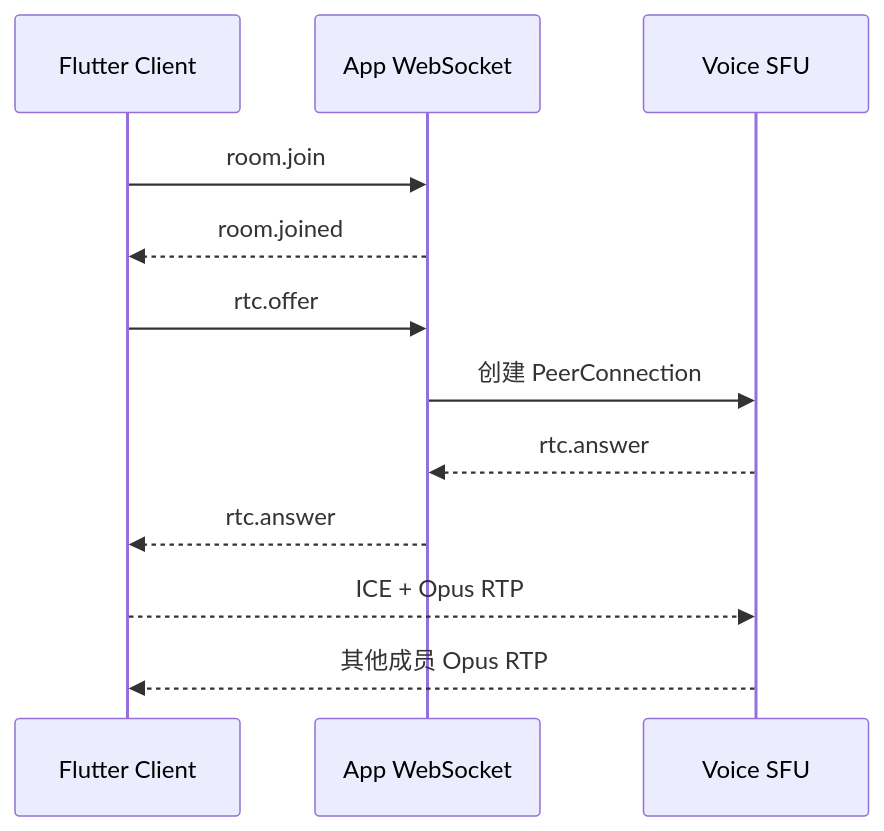
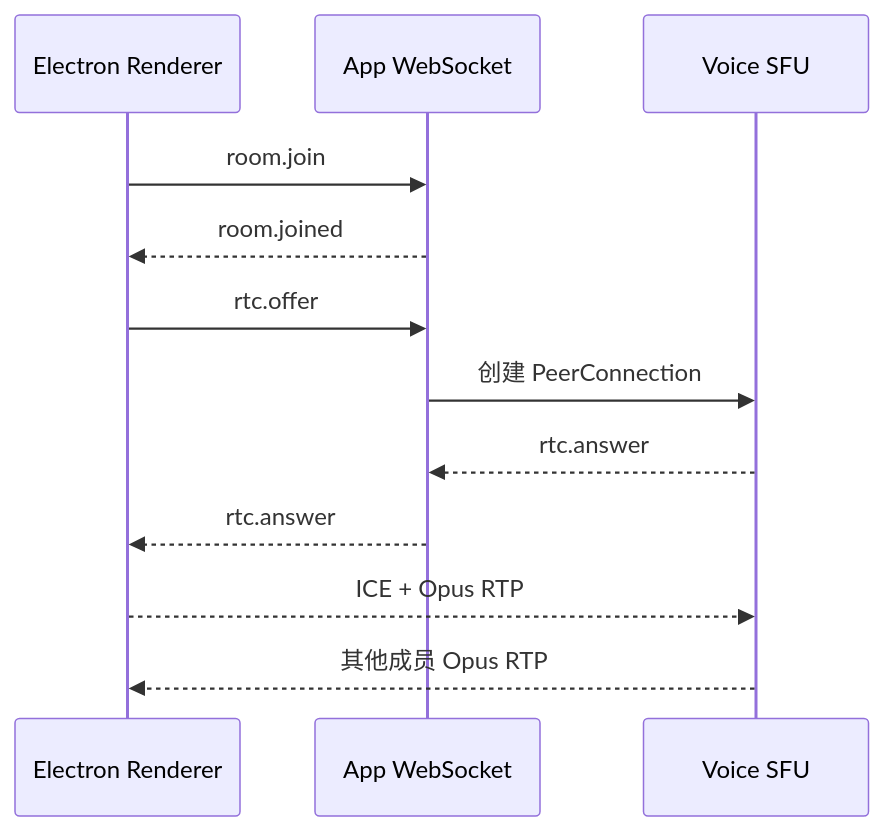
Before and after one commit to StarDream2736/Nexusroom: the third of 3 diagrams in docs/NexusRoom.md, drawn with Mermaid. The commit also changed other lines of this file and 13 other files, not shown here.

Commit message:
docs: release Electron client 3.0.0

````diff
--- a/docs/NexusRoom.md
+++ b/docs/NexusRoom.md
@@ -441,14 +451,14 @@
 ```mermaid
 sequenceDiagram
-    participant C as Flutter Client
+    participant C as Electron Renderer
     participant W as App WebSocket
     participant V as Voice SFU
     C->>W: room.join
     W-->>C: room.joined
     C->>W: rtc.offer
     W->>V: 创建 PeerConnection
     V-->>W: rtc.answer
     W-->>C: rtc.answer
     C-->>V: ICE + Opus RTP
     V-->>C: 其他成员 Opus RTP
 ```
````
